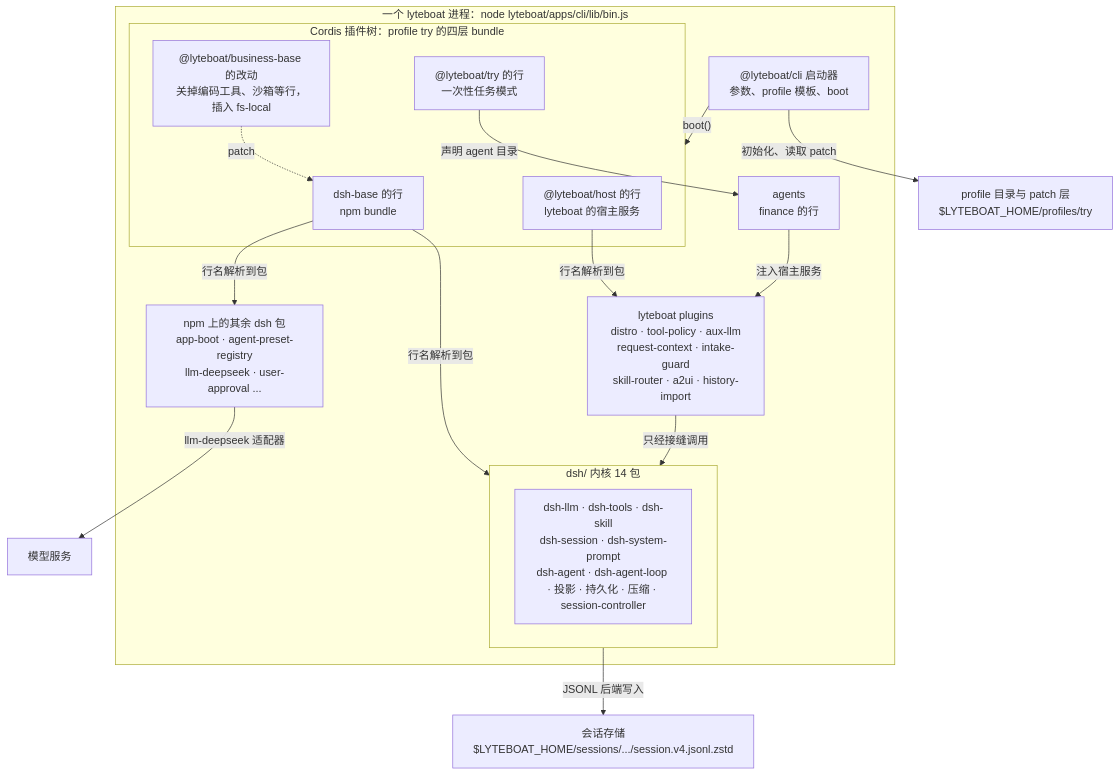
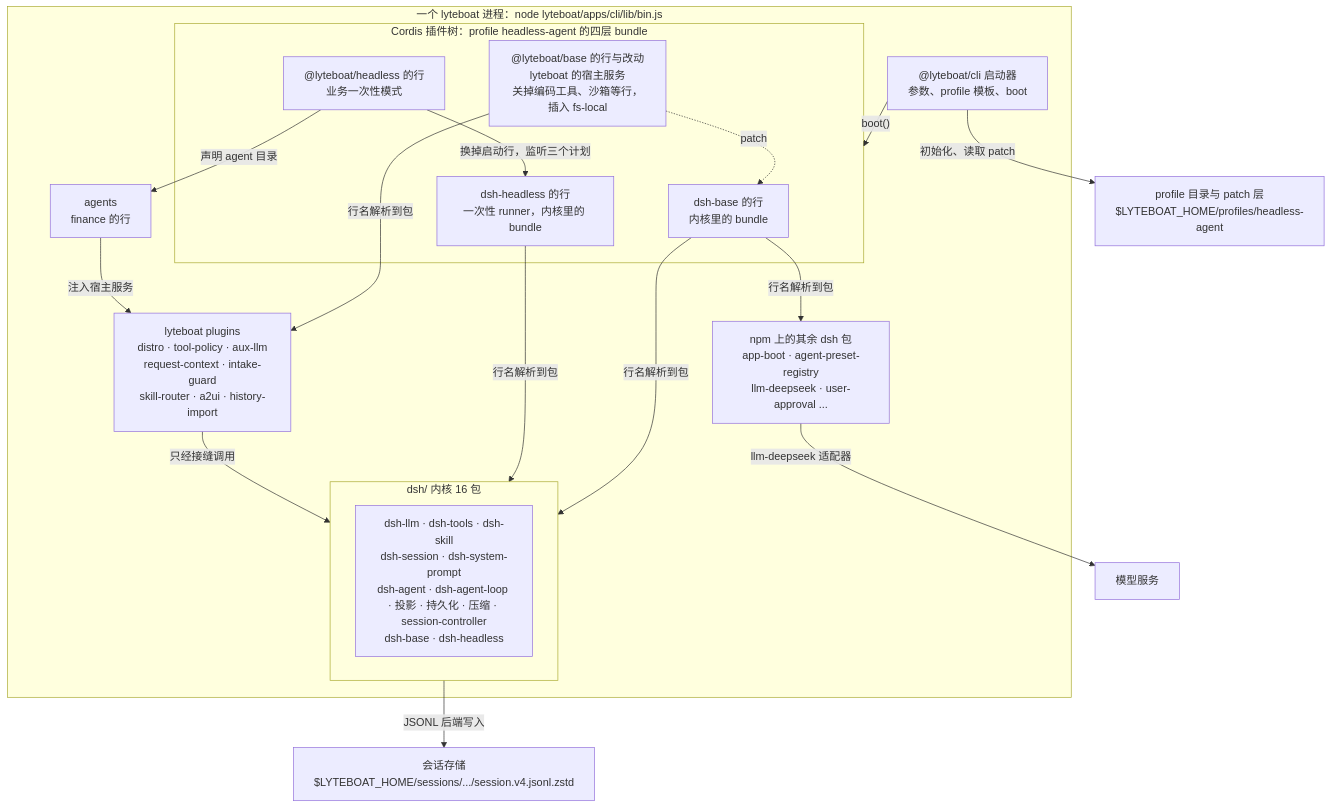
Before and after one commit to lyteboat/lyteboat: the second of 11 diagrams in docs/01-architecture.md, drawn with Mermaid. The commit also changed other lines of this file and 13 other files, not shown here.

````diff
--- a/docs/01-architecture.md
+++ b/docs/01-architecture.md
@@ -108,32 +108,34 @@
 ```mermaid
 flowchart TB
   subgraph PROC["一个 lyteboat 进程：node lyteboat/apps/cli/lib/bin.js"]
     cli["@lyteboat/cli 启动器<br/>参数、profile 模板、boot"]
-    subgraph TREE["Cordis 插件树：profile try 的四层 bundle"]
-      base["dsh-base 的行<br/>npm bundle"]
-      host["@lyteboat/host 的行<br/>lyteboat 的宿主服务"]
-      bbase["@lyteboat/business-base 的改动<br/>关掉编码工具、沙箱等行，插入 fs-local"]
-      runb["@lyteboat/try 的行<br/>一次性任务模式"]
+    subgraph TREE["Cordis 插件树：profile headless-agent 的四层 bundle"]
+      base["dsh-base 的行<br/>内核里的 bundle"]
+      hdl["dsh-headless 的行<br/>一次性 runner，内核里的 bundle"]
+      lbase["@lyteboat/base 的行与改动<br/>lyteboat 的宿主服务<br/>关掉编码工具、沙箱等行，插入 fs-local"]
+      runb["@lyteboat/headless 的行<br/>业务一次性模式"]
     end
-    subgraph KERNEL["dsh/ 内核 14 包"]
-      kpk["dsh-llm · dsh-tools · dsh-skill<br/>dsh-session · dsh-system-prompt<br/>dsh-agent · dsh-agent-loop · 投影 · 持久化 · 压缩 · session-controller"]
+    subgraph KERNEL["dsh/ 内核 16 包"]
+      kpk["dsh-llm · dsh-tools · dsh-skill<br/>dsh-session · dsh-system-prompt<br/>dsh-agent · dsh-agent-loop · 投影 · 持久化 · 压缩 · session-controller<br/>dsh-base · dsh-headless"]
     end
     npmpk["npm 上的其余 dsh 包<br/>app-boot · agent-preset-registry<br/>llm-deepseek · user-approval ..."]
     plugins["lyteboat plugins<br/>distro · tool-policy · aux-llm<br/>request-context · intake-guard<br/>skill-router · a2ui · history-import"]
     agents["agents<br/>finance 的行"]
   end
-  prof["profile 目录与 patch 层<br/>$LYTEBOAT_HOME/profiles/try"]
+  prof["profile 目录与 patch 层<br/>$LYTEBOAT_HOME/profiles/headless-agent"]
   store["会话存储<br/>$LYTEBOAT_HOME/sessions/.../session.v4.jsonl.zstd"]
   model["模型服务"]
   cli -->|"初始化、读取 patch"| prof
   cli -->|"boot()"| TREE
-  bbase -.->|"patch"| base
+  lbase -.->|"patch"| base
   base -->|"行名解析到包"| KERNEL
   base -->|"行名解析到包"| npmpk
-  host -->|"行名解析到包"| plugins
+  hdl -->|"行名解析到包"| KERNEL
+  lbase -->|"行名解析到包"| plugins
+  runb -->|"换掉启动行，监听三个计划"| hdl
   runb -->|"声明 agent 目录"| agents
   agents -->|"注入宿主服务"| plugins
   plugins -->|"只经接缝调用"| KERNEL
   KERNEL -->|"JSONL 后端写入"| store
   npmpk -->|"llm-deepseek 适配器"| model
 ```
````
